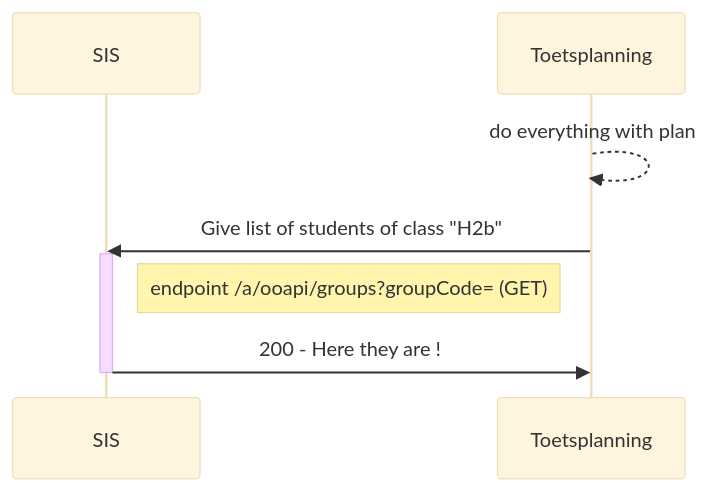
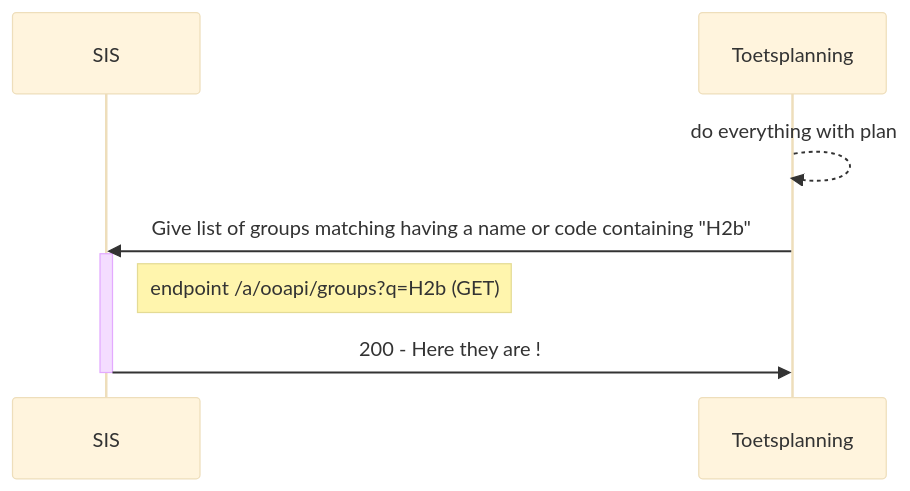
One commit to NetwerkExamineringDigitalisering/NED-OOAPI changed the third of 5 diagrams in doc/flow1.md. Above: the diagram before and after it, drawn with Mermaid (base theme). The commit also changed other lines of this file and 6 other files, not shown here.

Commit message:
update flow1 add scopes and groups

````diff
--- a/doc/flow1.md
+++ b/doc/flow1.md
@@ -215,12 +231,12 @@
 ```mermaid
 
 sequenceDiagram
     participant SIS
     participant Toetsplanning
     Toetsplanning-->>Toetsplanning: do everything with plan
-    Toetsplanning->>SIS : Give list of students of class "H2b"
+    Toetsplanning->>SIS : Give list of groups matching having a name or code containing "H2b"
     activate SIS
-    Note right of SIS: endpoint /a/ooapi/groups?groupCode= (GET)
+    Note right of SIS: endpoint /a/ooapi/groups?q=H2b (GET)
     SIS->>Toetsplanning : 200 - Here they are !
     deactivate SIS
 ```
````
